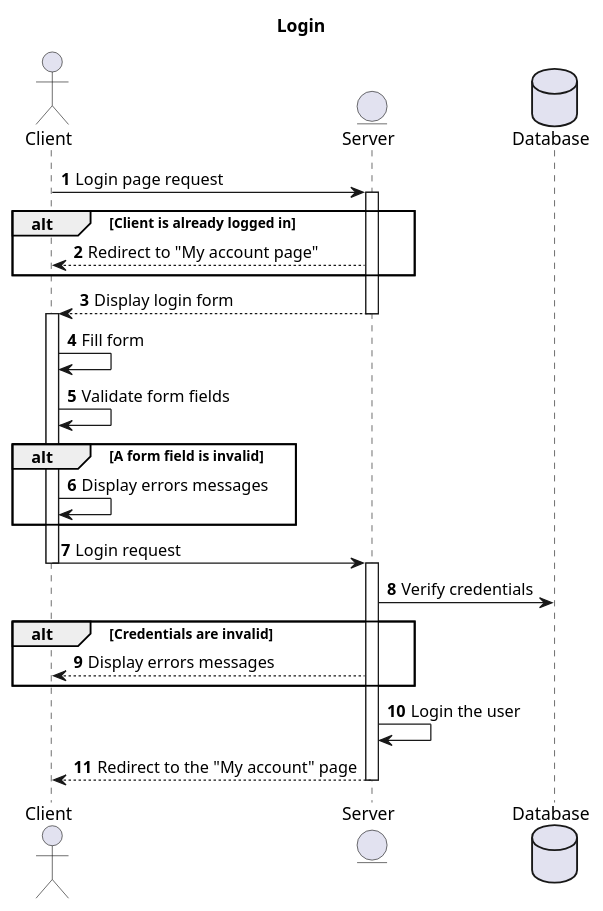
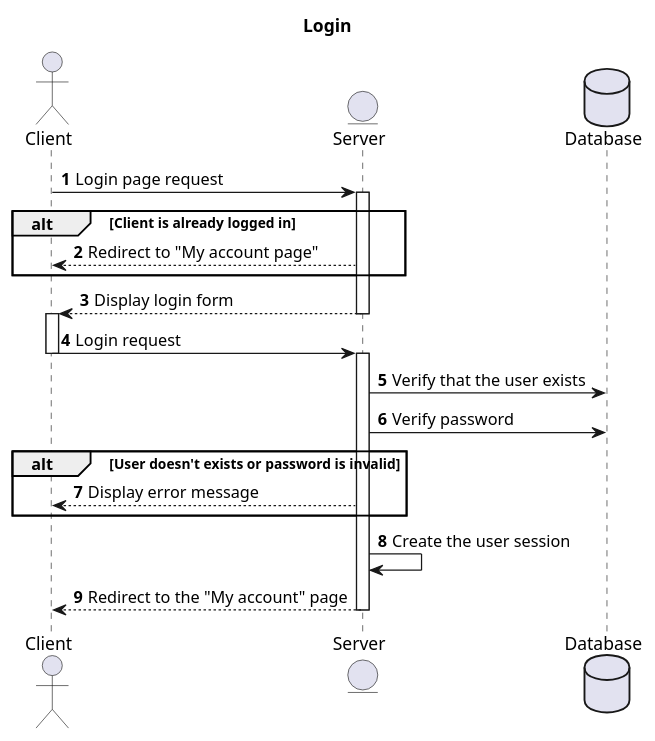
One commit to acecconato/AnthonyCecconato_5_18102021 changed the diagram in docs/puml/sequence/security/login.puml. Above: the diagram before and after it, drawn with PlantUML. The commit also changed 9 other files, not shown here.

```diff
--- a/docs/puml/sequence/security/login.puml
+++ b/docs/puml/sequence/security/login.puml
@@ -1,49 +1,44 @@
 @startuml
 
 title Login
 autonumber
 
-actor Client 
-entity Server 
+actor Client
+entity Server
 Database Database
 
 Client -> Server : Login page request
 
 activate Server
 
-alt Client is already logged in 
+alt Client is already logged in
     Server --> Client : Redirect to "My account page"
 end
 
 Server --> Client : Display login form
 
-deactivate Server 
+deactivate Server
 
 activate Client
-
-Client -> Client : Fill form 
-Client -> Client : Validate form fields
-
-alt A form field is invalid 
-    Client -> Client : Display errors messages
-end
 
 Client -> Server : Login request
 
 deactivate Client
 
 activate Server
 
-Server -> Database : Verify credentials
+Server -> Database : Verify that the user exists
 
-alt Credentials are invalid
-    Server --> Client : Display errors messages
+Server -> Database : Verify password
+
+alt User doesn't exists or password is invalid
+    Server --> Client : Display error message
 end
 
-Server -> Server : Login the user
+Server -> Server : Create the user session
 
 Server --> Client : Redirect to the "My account" page
 
-deactivate Server 
+deactivate Server
 
 @enduml
```
